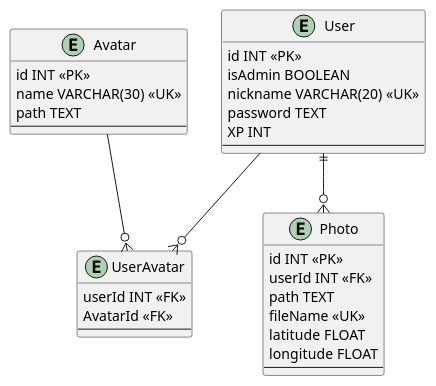
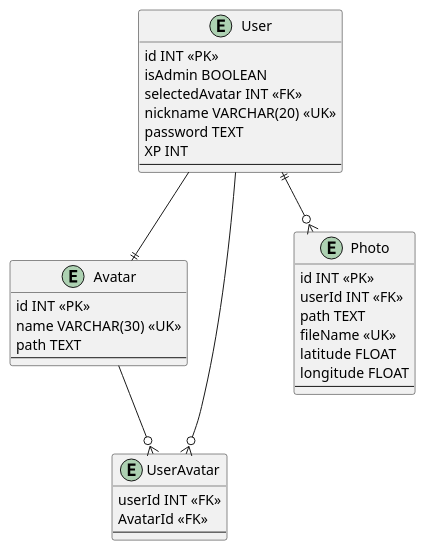
Before and after one commit to augusto-dmh/095cm_xrlab_backend: the diagram in database/design/DER_095.plantuml, drawn with PlantUML. The commit also changed 1 other file, not shown here.

Commit message:
feat: User selected_avatar
fk containing a reference to an id from avatars.

```diff
--- a/database/design/DER_095.plantuml
+++ b/database/design/DER_095.plantuml
@@ -1,39 +1,41 @@
 @startuml DER
 
 entity User {
     id INT <<PK>>
     isAdmin BOOLEAN
+    selectedAvatar INT <<FK>>
     nickname VARCHAR(20) <<UK>>
     password TEXT
     XP INT
     --
 }
 
 entity Avatar {
     id INT <<PK>>
     name VARCHAR(30) <<UK>>
     path TEXT
     --
 }
 
 entity UserAvatar {
     userId INT <<FK>>
     AvatarId <<FK>>
     --
 }
 
 entity Photo {
     id INT <<PK>>
     userId INT <<FK>>
     path TEXT
     fileName <<UK>>
     latitude FLOAT
     longitude FLOAT
     --
 }
 
 User ||--o{ Photo
+User --|| Avatar
 User --o{ UserAvatar
 Avatar --o{ UserAvatar
 
 @enduml
```
